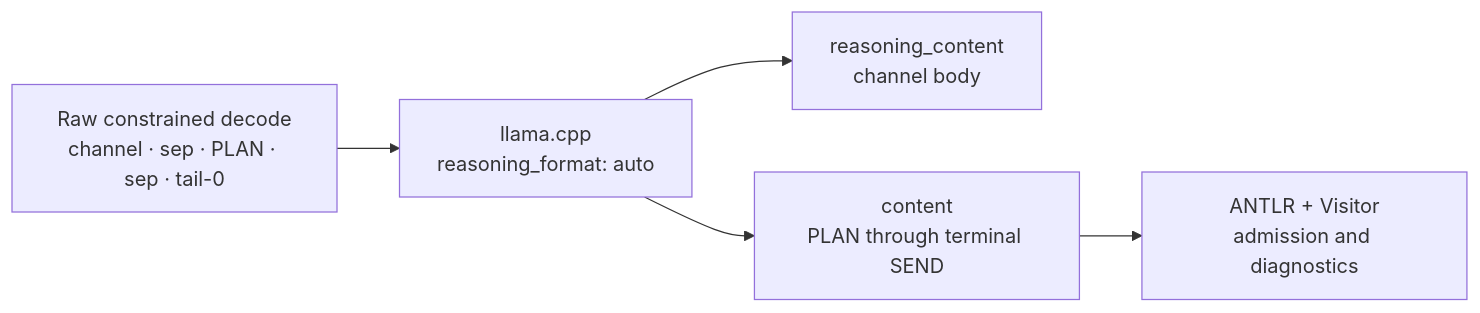
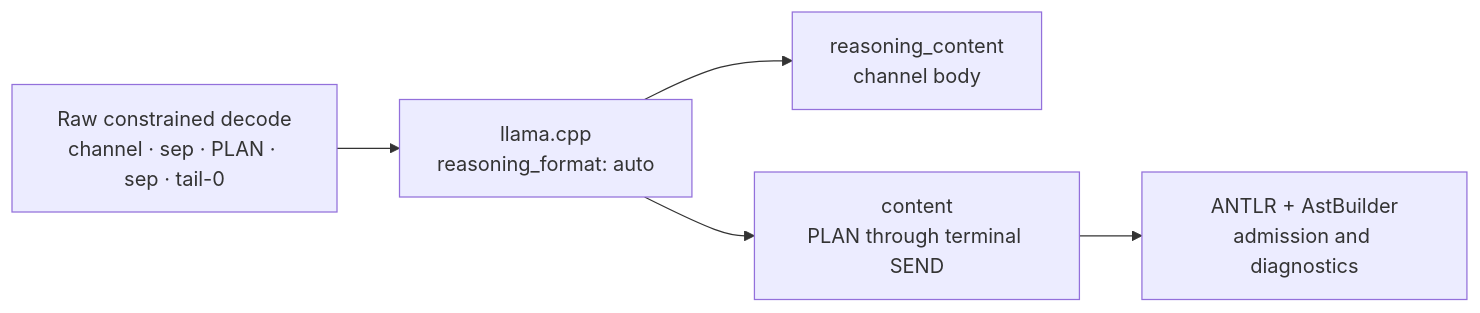
Before and after one commit to plurnk/plurnk-service: the second of 3 diagrams in plurnk-contracts/SPEC.md, drawn with Mermaid. The commit also changed other lines of this file and 1 other file, not shown here.

````diff
--- a/plurnk-contracts/SPEC.md
+++ b/plurnk-contracts/SPEC.md
@@ -108,12 +93,12 @@
 ```mermaid
 flowchart LR
     raw["Raw constrained decode<br/>channel · sep · PLAN · sep · tail-0"]
     split["llama.cpp<br/>reasoning_format: auto"]
     reasoning["reasoning_content<br/>channel body"]
     content["content<br/>PLAN through terminal SEND"]
-    parser["ANTLR + Visitor<br/>admission and diagnostics"]
+    parser["ANTLR + AstBuilder<br/>admission and diagnostics"]
     raw --> split
     split --> reasoning
     split --> content
     content --> parser
 ```
````
